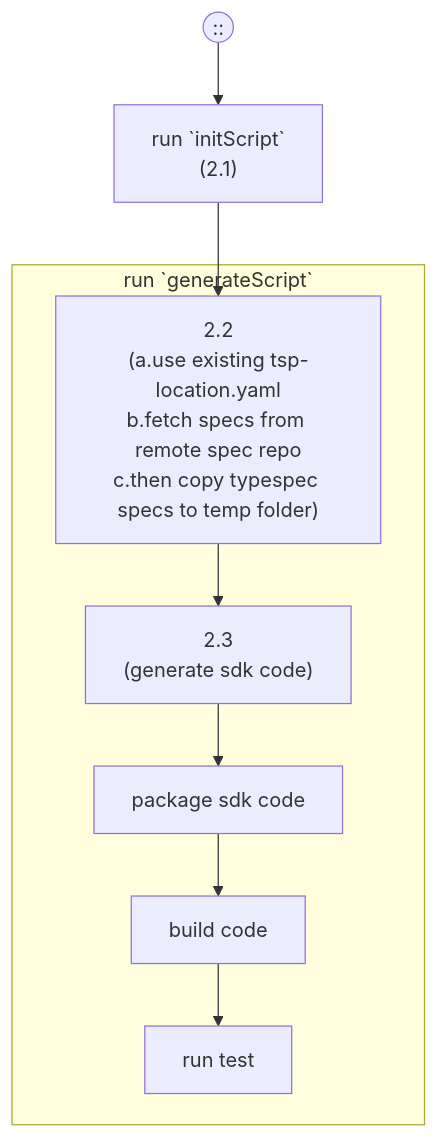
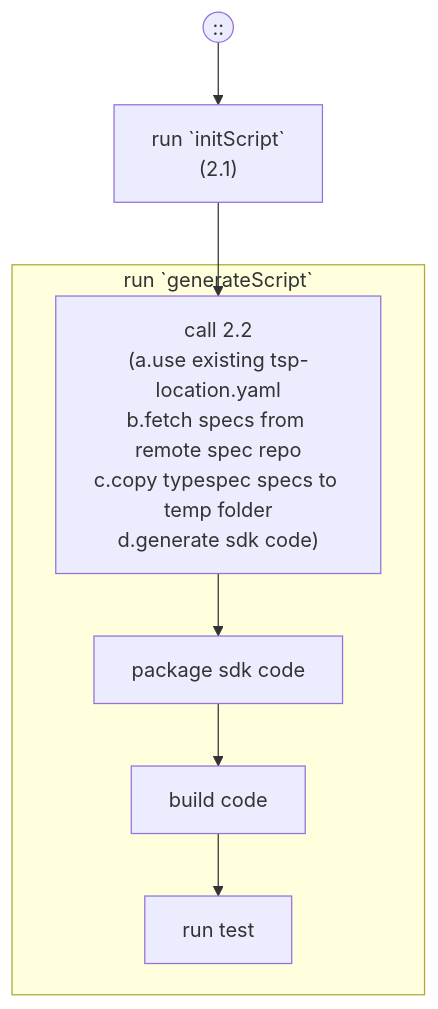
Before and after one commit to Azure/azure-rest-api-specs: the fifth of 5 diagrams in documentation/typespec-end-to-end-scenarios.md, drawn with Mermaid. The commit also changed other lines of this file, not shown here.

Commit message:
Updated common script part in typespec e2e doc

````diff
--- a/documentation/typespec-end-to-end-scenarios.md
+++ b/documentation/typespec-end-to-end-scenarios.md
@@ -230,24 +239,22 @@
 ```mermaid
 flowchart TD;
   classDef manualStep fill:#ffd700
   classDef automationStep fill:#7de188
   Pipeline((::))-->A
 A["run `initScript`
 (2.1)"]-->C
 subgraph B["run `generateScript`"]
   C
-  D
   E
   F
   G
 end
-C["2.2
+C["call 2.2
 (a.use existing tsp-location.yaml
 b.fetch specs from remote spec repo
-c.then copy typespec specs to temp folder)"]-->D
-D["2.3
-(generate sdk code)"]-->E
+c.copy typespec specs to temp folder
+d.generate sdk code)"]-->E
 E["package sdk code"]-->F
 F["build code"]-->G
 G["run test"]
 ```
````
